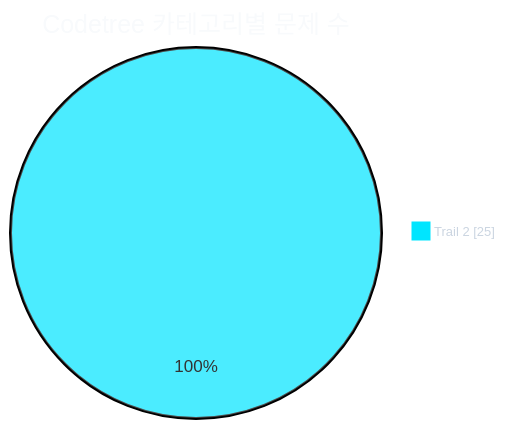
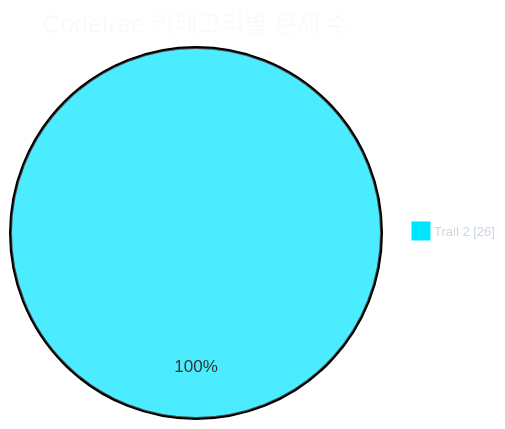
The first of 2 diagrams in readme.md (CHOOSLA/Algorithm), drawn with Mermaid before and after one commit. The commit also changed other lines of this file and 1 other file, not shown here.

````diff
--- a/readme.md
+++ b/readme.md
@@ -31,21 +31,21 @@
 ```mermaid
 ---
 config:
   theme: base
   themeVariables:
     background: '#0d1117'
     pieTitleTextColor: '#f8fafc'
     pieLegendTextColor: '#cbd5e1'
     pieLegendTextSize: '13px'
     pie1: '#00e5ff'
     pie2: '#22c55e'
     pie3: '#f59e0b'
     pie4: '#a855f7'
     pie5: '#ec4899'
     pie6: '#3b82f6'
     pie7: '#64748b'
 ---
 pie showData
   title Codetree 카테고리별 문제 수
-  "Trail 2" : 25
+  "Trail 2" : 26
 ```
````
